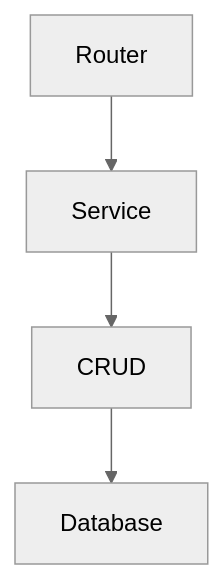
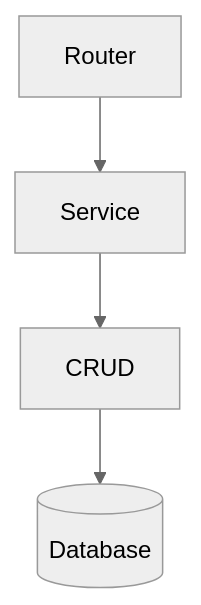
Before and after one commit to Vaibhav200303/career-copilot: diagram 18 of 20 in docs/ARCHITECTURE.md, drawn with Mermaid (neutral theme). The commit also changed other lines of this file, not shown here.

First line of the commit message:
Update mermaid diagrams in ARCHITECTURE.md

````diff
--- a/docs/ARCHITECTURE.md
+++ b/docs/ARCHITECTURE.md
@@ -1948,17 +1778,12 @@
 ```mermaid
 flowchart TD
 
-Router
+A[Router]
+B[Service]
+C[CRUD]
+D[(Database)]
 
--->
-
-Service
-
--->
-
-CRUD
-
--->
-
-Database
+A --> B
+B --> C
+C --> D
 ```
````
